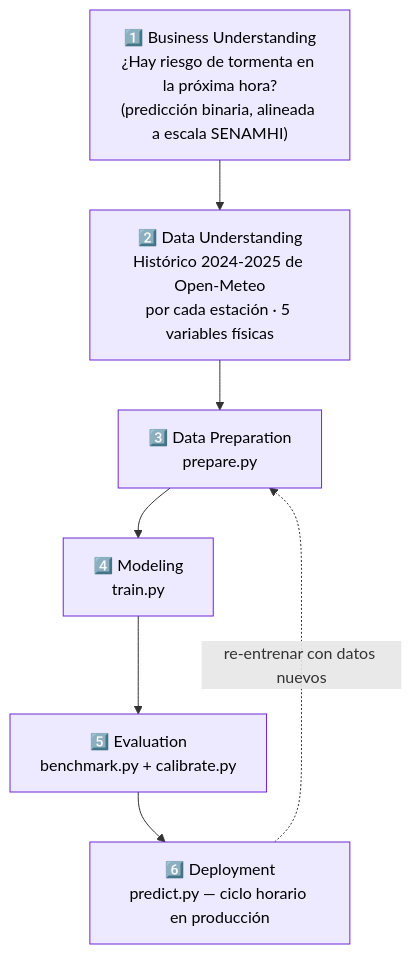
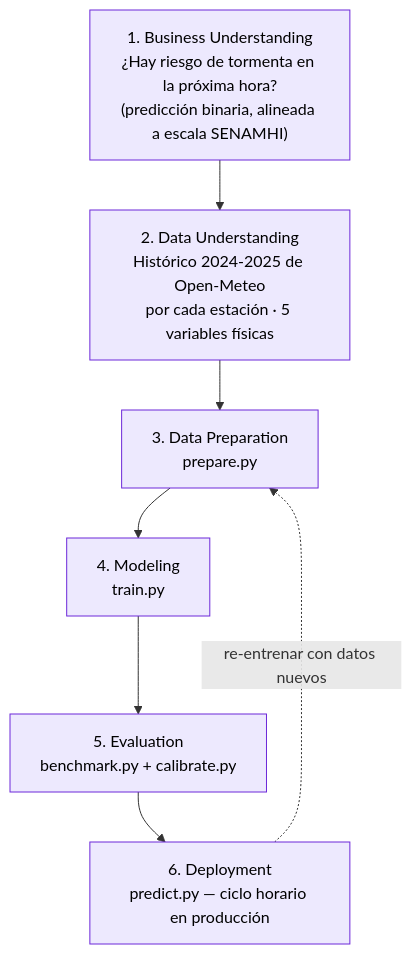
Before and after one commit to csotelo/cimbra: the third of 16 diagrams in README.md, drawn with Mermaid. The commit also changed other lines of this file, not shown here.

Commit message:
fix: eliminar emojis compuestos (keycap/variation-selector) que rompían el render de Mermaid en GitHub
Los emojis numerados (1️⃣2️⃣3️⃣...) y los emojis con selector de variación
(⚙️ ⏱️ 🌦️) son secuencias de múltiples codepoints Unicode (dígito + U+FE0F +
U+20E3 para keycaps). El parser de Mermaid que usa GitHub no los tolera
dentro de las etiquetas de los nodos y falla con "Unable to render rich
display" en TODOS los diagramas del archivo, no solo en el que los contiene.

Reemplazados por texto plano ("1." en vez de "1️⃣") y eliminado el selector
de variación sobrante de los demás emoji compuestos.

````diff
--- a/README.md
+++ b/README.md
@@ -140,15 +140,15 @@
 ```mermaid
 flowchart TD
-    P1["1️⃣ Business Understanding<br/>¿Hay riesgo de tormenta en la próxima hora?<br/>(predicción binaria, alineada a escala SENAMHI)"]
-    P2["2️⃣ Data Understanding<br/>Histórico 2024-2025 de Open-Meteo<br/>por cada estación · 5 variables físicas"]
-    P3["3️⃣ Data Preparation<br/>prepare.py"]
-    P4["4️⃣ Modeling<br/>train.py"]
-    P5["5️⃣ Evaluation<br/>benchmark.py + calibrate.py"]
-    P6["6️⃣ Deployment<br/>predict.py — ciclo horario en producción"]
+    P1["1. Business Understanding<br/>¿Hay riesgo de tormenta en la próxima hora?<br/>(predicción binaria, alineada a escala SENAMHI)"]
+    P2["2. Data Understanding<br/>Histórico 2024-2025 de Open-Meteo<br/>por cada estación · 5 variables físicas"]
+    P3["3. Data Preparation<br/>prepare.py"]
+    P4["4. Modeling<br/>train.py"]
+    P5["5. Evaluation<br/>benchmark.py + calibrate.py"]
+    P6["6. Deployment<br/>predict.py — ciclo horario en producción"]
 
     P1 --> P2 --> P3 --> P4 --> P5 --> P6
     P6 -.->|"re-entrenar con datos nuevos"| P3
 
     classDef fase fill:#ede9fe,stroke:#6d28d9,color:#000
     class P1,P2,P3,P4,P5,P6 fase
 ```
````
